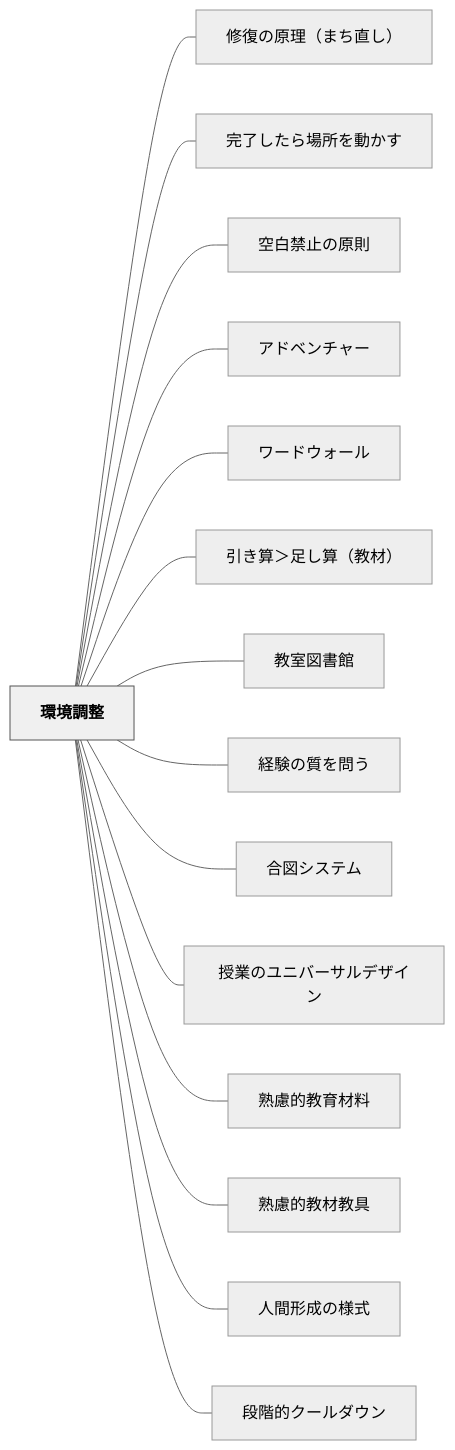
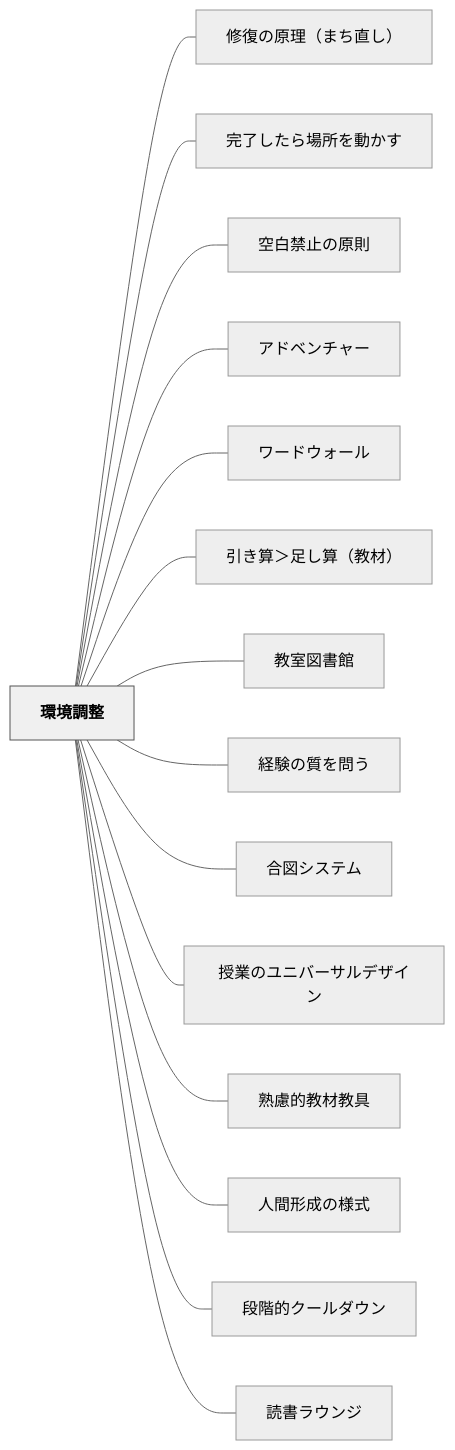
The diagram in content/パタン/環境調整.md (unknownthings-ed-patterns/unknownthings-ed-patterns), drawn with Mermaid (neutral theme) before and after one commit. The commit also changed other lines of this file and 72 other files, not shown here.

````diff
--- a/content/パタン/環境調整.md
+++ b/content/パタン/環境調整.md
@@ -349,36 +348,36 @@
 ```mermaid
 flowchart LR
     ne792b0e5a283e8aabfe695b4["環境調整"]
     ne4bfaee5bea9e381aee58e9fe79086efbc88e381bee381a1e79bb4e38197efbc89["修復の原理（まち直し）"]
     ne5ae8ce4ba86e38197e3819fe38289e5a0b4e68980e38292e58b95e3818be38199["完了したら場所を動かす"]
     ne7a9bae799bde7a681e6ada2e381aee58e9fe58987["空白禁止の原則"]
     ne382a2e38389e38399e383b3e38381e383a3e383bc["アドベンチャー"]
     ne383afe383bce38389e382a6e382a9e383bce383ab["ワードウォール"]
     ne5bc95e3818de7ae97efbc9ee8b6b3e38197e7ae97efbc88e69599e69d90efbc89["引き算＞足し算（教材）"]
     ne69599e5aea4e59bb3e69bb8e9a4a8["教室図書館"]
     ne7b58ce9a893e381aee8b3aae38292e5958fe38186["経験の質を問う"]
     ne59088e59bb3e382b7e382b9e38386e383a0["合図システム"]
     ne68e88e6a5ade381aee383a6e3838be38390e383bce382b5e383abe38387e382b6e382a4e383b3["授業のユニバーサルデザイン"]
-    ne7869fe685aee79a84e69599e882b2e69d90e69699["熟慮的教育材料"]
     ne7869fe685aee79a84e69599e69d90e69599e585b7["熟慮的教材教具"]
     ne4babae99693e5bda2e68890e381aee6a798e5bc8f["人間形成の様式"]
     ne6aeb5e99a8ee79a84e382afe383bce383abe38380e382a6e383b3["段階的クールダウン"]
+    ne8aaade69bb8e383a9e382a6e383b3e382b8["読書ラウンジ"]
 
     ne792b0e5a283e8aabfe695b4 --- ne4bfaee5bea9e381aee58e9fe79086efbc88e381bee381a1e79bb4e38197efbc89
     ne792b0e5a283e8aabfe695b4 --- ne5ae8ce4ba86e38197e3819fe38289e5a0b4e68980e38292e58b95e3818be38199
     ne792b0e5a283e8aabfe695b4 --- ne7a9bae799bde7a681e6ada2e381aee58e9fe58987
     ne792b0e5a283e8aabfe695b4 --- ne382a2e38389e38399e383b3e38381e383a3e383bc
     ne792b0e5a283e8aabfe695b4 --- ne383afe383bce38389e382a6e382a9e383bce383ab
     ne792b0e5a283e8aabfe695b4 --- ne5bc95e3818de7ae97efbc9ee8b6b3e38197e7ae97efbc88e69599e69d90efbc89
     ne792b0e5a283e8aabfe695b4 --- ne69599e5aea4e59bb3e69bb8e9a4a8
     ne792b0e5a283e8aabfe695b4 --- ne7b58ce9a893e381aee8b3aae38292e5958fe38186
     ne792b0e5a283e8aabfe695b4 --- ne59088e59bb3e382b7e382b9e38386e383a0
     ne792b0e5a283e8aabfe695b4 --- ne68e88e6a5ade381aee383a6e3838be38390e383bce382b5e383abe38387e382b6e382a4e383b3
-    ne792b0e5a283e8aabfe695b4 --- ne7869fe685aee79a84e69599e882b2e69d90e69699
     ne792b0e5a283e8aabfe695b4 --- ne7869fe685aee79a84e69599e69d90e69599e585b7
     ne792b0e5a283e8aabfe695b4 --- ne4babae99693e5bda2e68890e381aee6a798e5bc8f
     ne792b0e5a283e8aabfe695b4 --- ne6aeb5e99a8ee79a84e382afe383bce383abe38380e382a6e383b3
+    ne792b0e5a283e8aabfe695b4 --- ne8aaade69bb8e383a9e382a6e383b3e382b8
 
     classDef hub fill:#f0f0f0,stroke:#555,color:#000,font-weight:bold
     class ne792b0e5a283e8aabfe695b4 hub
 ```
````
